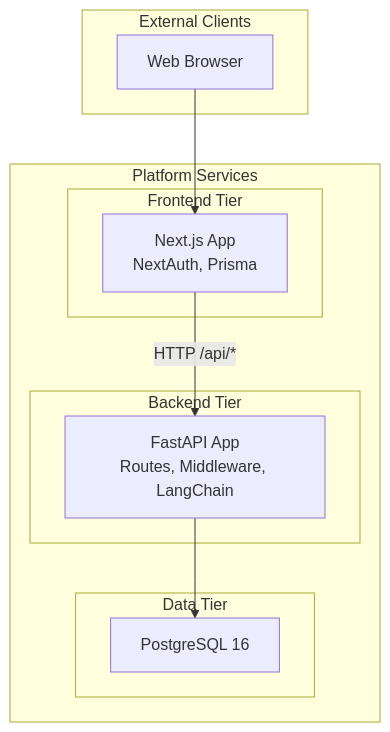
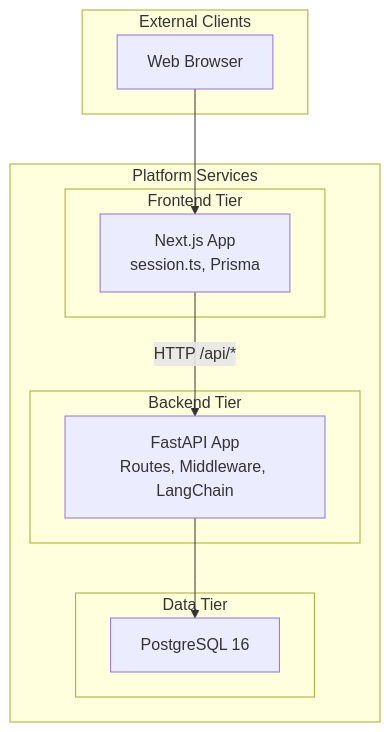
The second of 8 diagrams in src/data/docs/talentsync/Architecture Overview/Architecture Overview.md (tashifkhan/tashif.codes), drawn with Mermaid before and after one commit. The commit also changed other lines of this file and 2128 other files, not shown here.

First line of the commit message:
docs: replace raster diagram images with native Mermaid across project guides

````diff
--- a/src/data/docs/talentsync/Architecture Overview/Architecture Overview.md
+++ b/src/data/docs/talentsync/Architecture Overview/Architecture Overview.md
@@ -47,20 +44,20 @@
 ```mermaid
 graph TB
 subgraph "External Clients"
 Browser["Web Browser"]
 end
 subgraph "Platform Services"
 subgraph "Frontend Tier"
-Next["Next.js App<br/>NextAuth, Prisma"]
+Next["Next.js App<br/>session.ts, Prisma"]
 end
 subgraph "Backend Tier"
 API["FastAPI App<br/>Routes, Middleware, LangChain"]
 end
 subgraph "Data Tier"
 PG["PostgreSQL 16"]
 end
 end
 Browser --> Next
 Next --> |"HTTP /api/*"| API
 API --> PG
 ```
````
